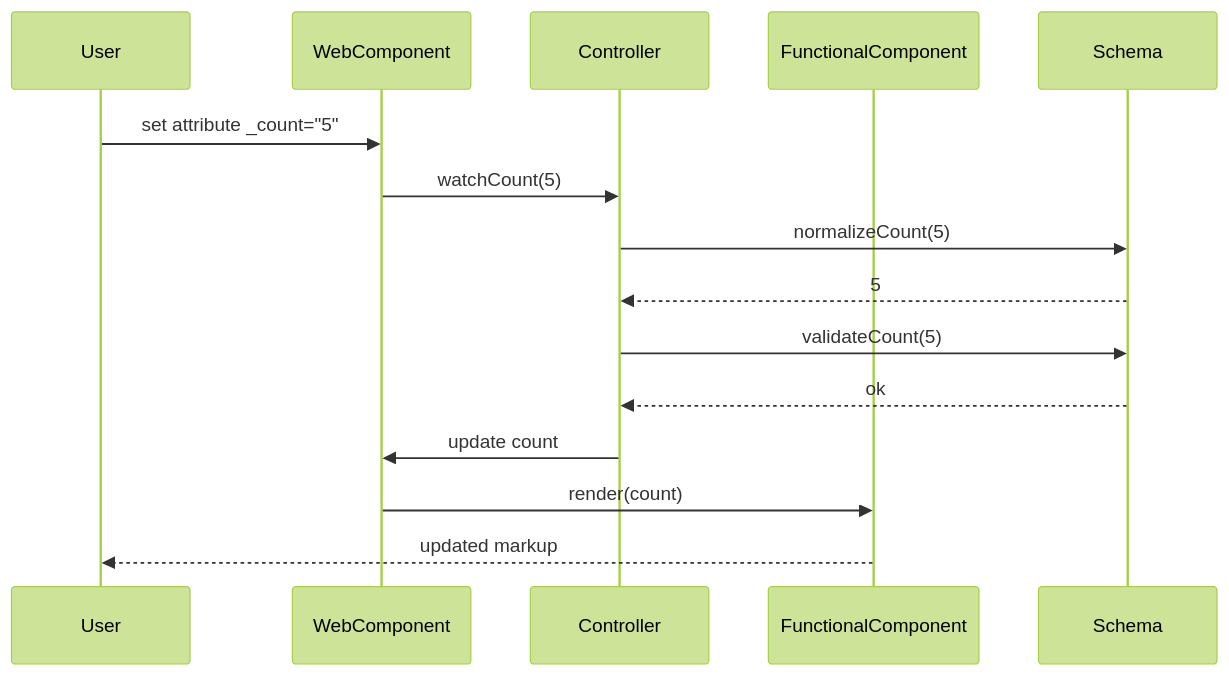
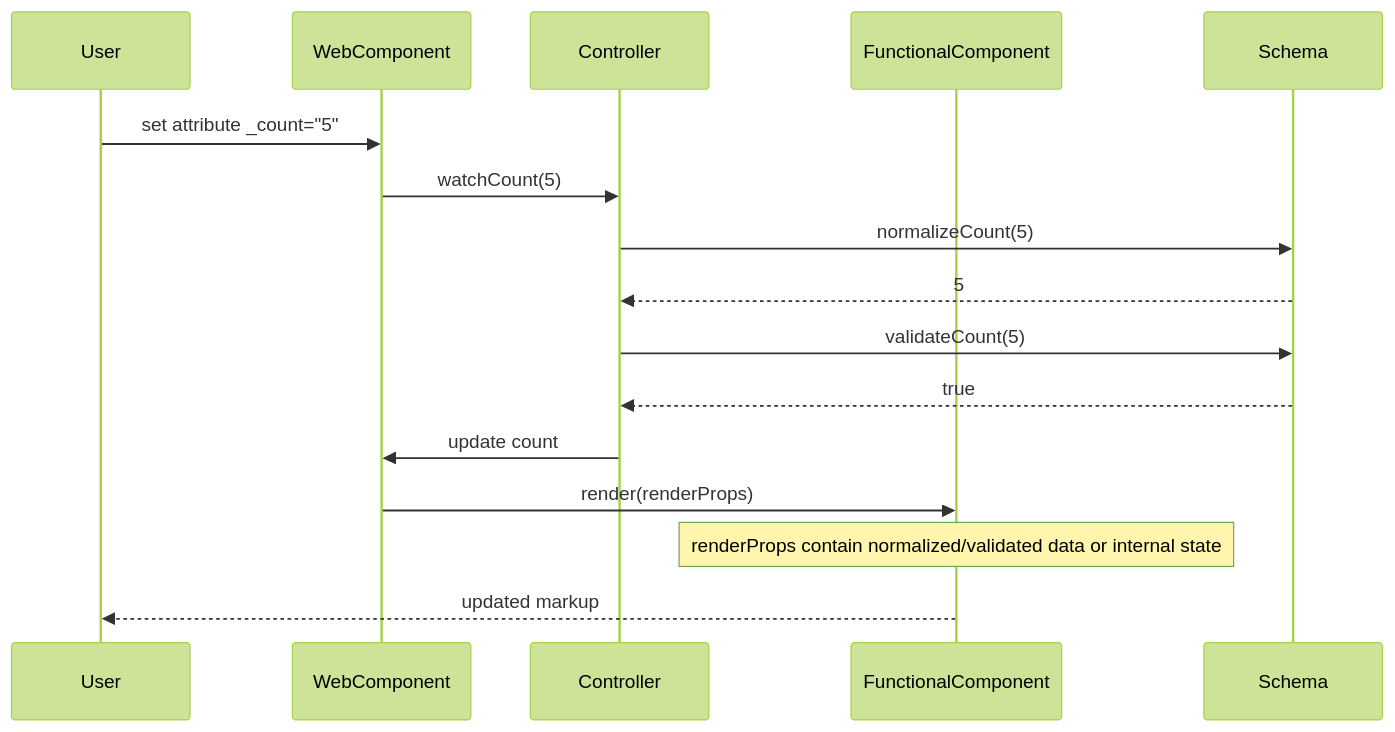
One commit to public-ui/kolibri changed the third of 3 diagrams in packages/components/src/components/_skeleton/ARC42.md. Above: the diagram before and after it, drawn with Mermaid (forest theme). The commit also changed other lines of this file, not shown here.

Commit message:
docs: enhance RenderProps pattern explanation in ARC42.md

````diff
--- a/packages/components/src/components/_skeleton/ARC42.md
+++ b/packages/components/src/components/_skeleton/ARC42.md
@@ -94,17 +105,18 @@
 ```mermaid
 sequenceDiagram
     participant U as User
     participant WC as WebComponent
     participant CTRL as Controller
     participant FC as FunctionalComponent
     participant S as Schema
     U->>WC: set attribute _count="5"
     WC->>CTRL: watchCount(5)
     CTRL->>S: normalizeCount(5)
     S-->>CTRL: 5
     CTRL->>S: validateCount(5)
-    S-->>CTRL: ok
+    S-->>CTRL: true
     CTRL->>WC: update count
-    WC->>FC: render(count)
+    WC->>FC: render(renderProps)
+    Note over FC: renderProps contain normalized/validated data or internal state
     FC-->>U: updated markup
 ```
````
